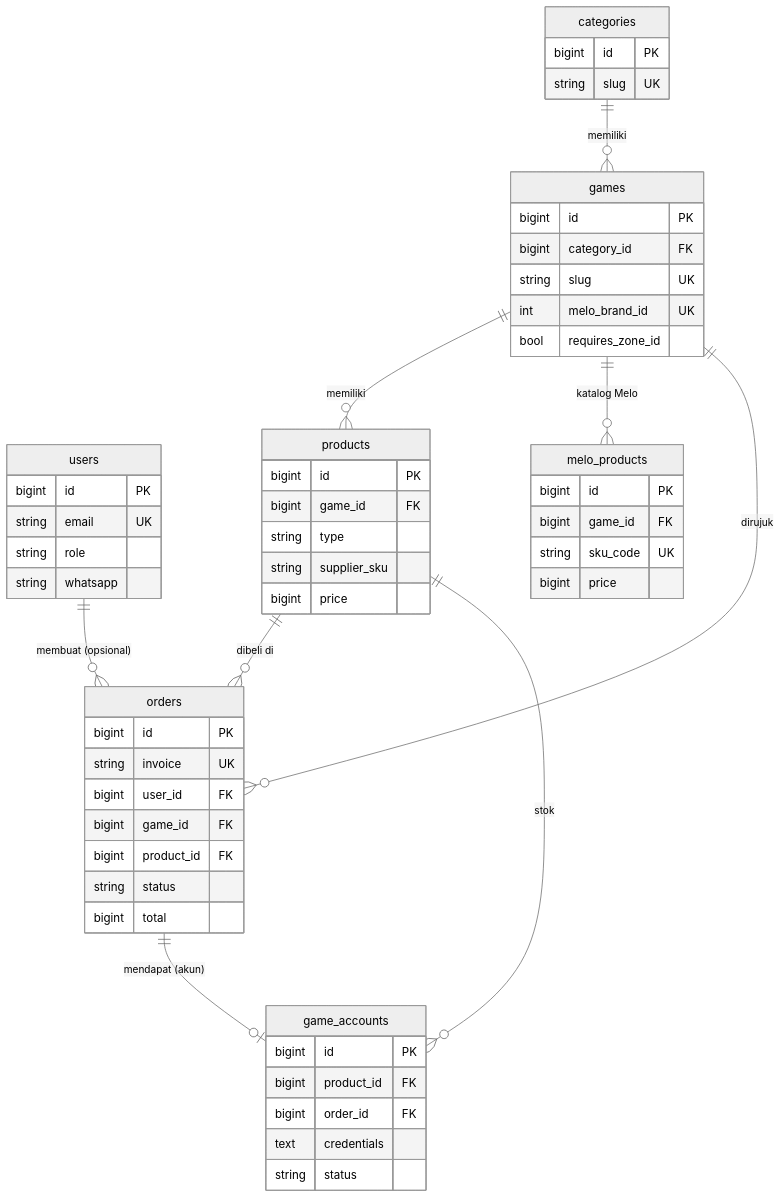
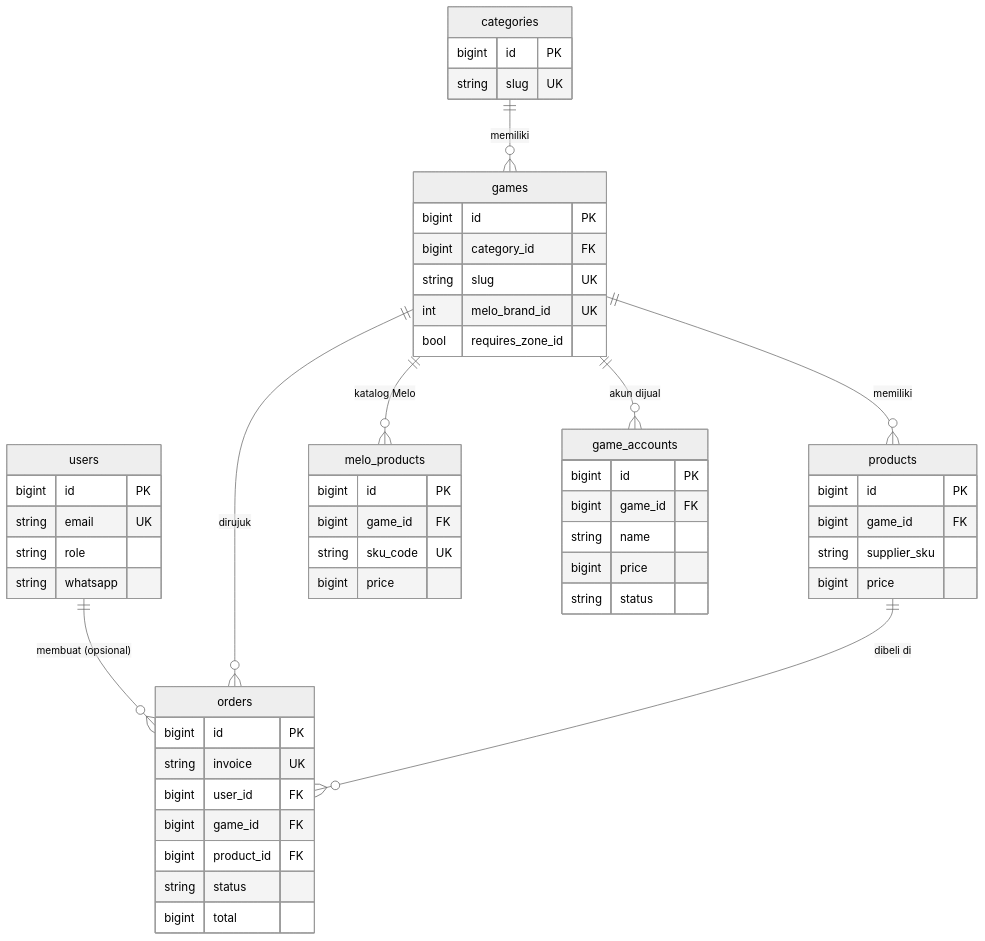
Before and after one commit to ilhamfajarandika/zeth-market: the diagram in docs/DATABASE_DESIGN.md, drawn with Mermaid (neutral theme). The commit also changed other lines of this file and 49 other files, not shown here.

````diff
--- a/docs/DATABASE_DESIGN.md
+++ b/docs/DATABASE_DESIGN.md
@@ -29,44 +30,42 @@
 ```mermaid
 erDiagram
     users ||--o{ orders : "membuat (opsional)"
     categories ||--o{ games : memiliki
     games ||--o{ products : memiliki
     games ||--o{ melo_products : "katalog Melo"
     games ||--o{ orders : "dirujuk"
     products ||--o{ orders : "dibeli di"
-    products ||--o{ game_accounts : "stok"
-    orders ||--o| game_accounts : "mendapat (akun)"
+    games ||--o{ game_accounts : "akun dijual"
 
     users { bigint id PK
         string email UK
         string role
         string whatsapp }
     categories { bigint id PK
         string slug UK }
     games { bigint id PK
         bigint category_id FK
         string slug UK
         int melo_brand_id UK
         bool requires_zone_id }
     products { bigint id PK
         bigint game_id FK
-        string type
         string supplier_sku
         bigint price }
     melo_products { bigint id PK
         bigint game_id FK
         string sku_code UK
         bigint price }
     orders { bigint id PK
         string invoice UK
         bigint user_id FK
         bigint game_id FK
         bigint product_id FK
         string status
         bigint total }
     game_accounts { bigint id PK
-        bigint product_id FK
-        bigint order_id FK
-        text credentials
+        bigint game_id FK
+        string name
+        bigint price
         string status }
 ```
````
